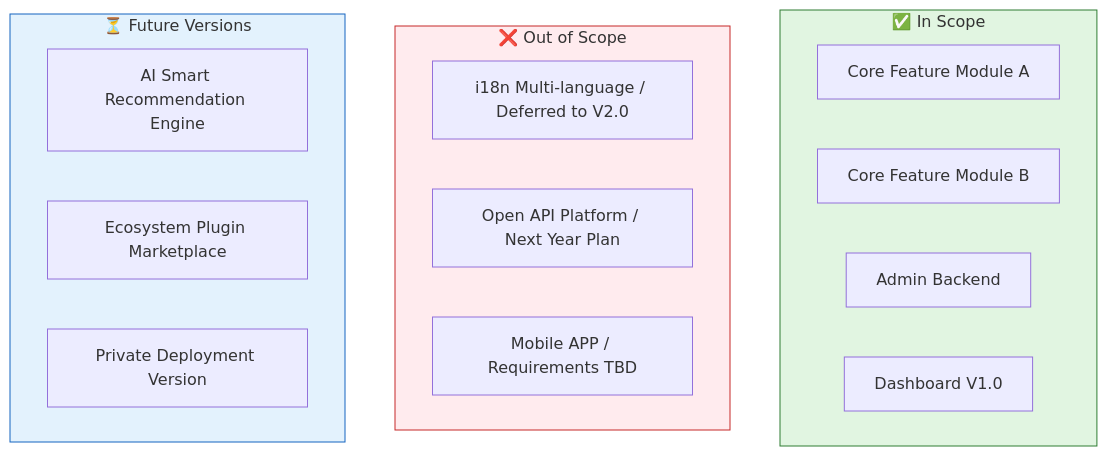
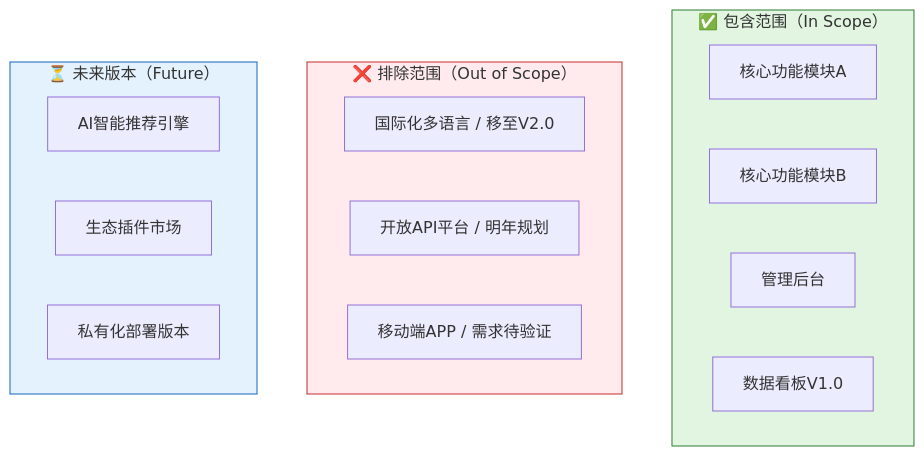
Before and after one commit to Kirky-X/cangjie: the sixth of 11 diagrams in templates/Product/Strategy/Template-Project-Charter.md, drawn with Mermaid. The commit also changed other lines of this file and 33 other files, not shown here.

````diff
--- a/templates/Product/Strategy/Template-Project-Charter.md
+++ b/templates/Product/Strategy/Template-Project-Charter.md
@@ -304,25 +304,25 @@
 ```mermaid
 graph TB
-    subgraph InScope["✅ In Scope"]
-        A1[Core Feature Module A]
-        A2[Core Feature Module B]
-        A3[Admin Backend]
-        A4[Dashboard V1.0]
+    subgraph InScope["✅ 包含范围（In Scope）"]
+        A1[核心功能模块A]
+        A2[核心功能模块B]
+        A3[管理后台]
+        A4[数据看板V1.0]
     end
 
-    subgraph OutScope["❌ Out of Scope"]
-        B1[i18n Multi-language / Deferred to V2.0]
-        B2[Open API Platform / Next Year Plan]
-        B3[Mobile APP / Requirements TBD]
+    subgraph OutScope["❌ 排除范围（Out of Scope）"]
+        B1[国际化多语言 / 移至V2.0]
+        B2[开放API平台 / 明年规划]
+        B3[移动端APP / 需求待验证]
     end
 
-    subgraph Future["⏳ Future Versions"]
-        C1[AI Smart Recommendation Engine]
-        C2[Ecosystem Plugin Marketplace]
-        C3[Private Deployment Version]
+    subgraph Future["⏳ 未来版本（Future）"]
+        C1[AI智能推荐引擎]
+        C2[生态插件市场]
+        C3[私有化部署版本]
     end
 
     style InScope fill:#e1f5e1,stroke:#2e7d32
     style OutScope fill:#ffebee,stroke:#c62828
     style Future fill:#e3f2fd,stroke:#1565c0
 ```
````
